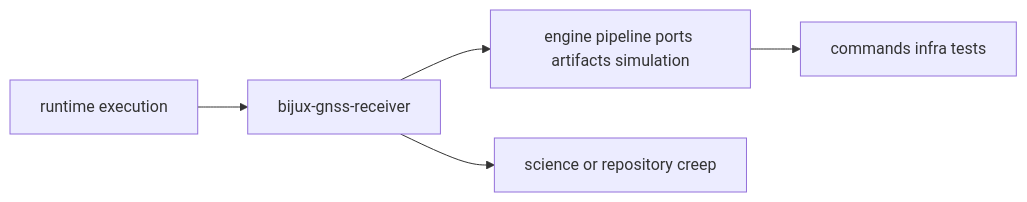
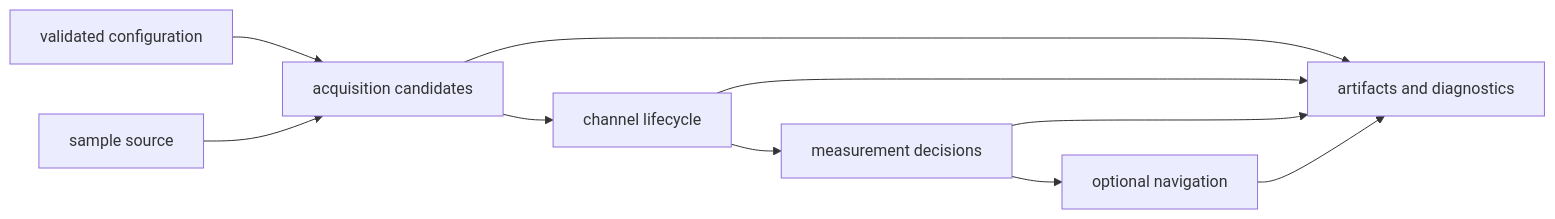
One commit to bijux/bijux-telecom changed the first of 2 diagrams in docs/05-bijux-gnss-receiver/foundation/index.md. Above: the diagram before and after it, drawn with Mermaid. The commit also changed other lines of this file, not shown here.

Commit message:
docs(receiver): trace runtime stages and evidence

````diff
--- a/docs/05-bijux-gnss-receiver/foundation/index.md
+++ b/docs/05-bijux-gnss-receiver/foundation/index.md
@@ -18,11 +20,17 @@
 ```mermaid
 flowchart LR
-    runtime["runtime execution"]
-    receiver["bijux-gnss-receiver"]
-    contracts["engine pipeline ports artifacts simulation"]
-    downstream["commands infra tests"]
-    drift["science or repository creep"]
+    config["validated configuration"]
+    source["sample source"]
+    acquisition["acquisition candidates"]
+    tracking["channel lifecycle"]
+    observations["measurement decisions"]
+    navigation["optional navigation"]
+    evidence["artifacts and diagnostics"]
 
-    runtime --> receiver --> contracts --> downstream
-    receiver --> drift
+    config --> acquisition
+    source --> acquisition --> tracking --> observations --> navigation
+    acquisition --> evidence
+    tracking --> evidence
+    observations --> evidence
+    navigation --> evidence
 ```
````
